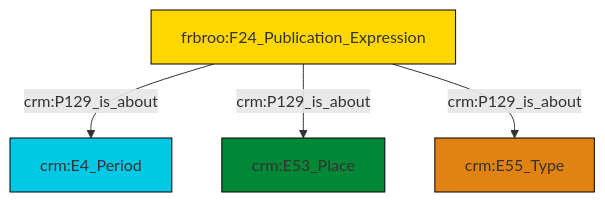
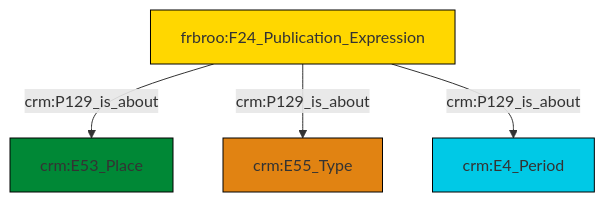
The diagram in et/biblioCSV/ttl/mmd/biblio_aboutness.ttl.mmd (swiss-art-research-net/docs.swissartresearch), drawn with Mermaid before and after one commit. The commit also changed 175 other files, not shown here.

```diff
--- a/et/biblioCSV/ttl/mmd/biblio_aboutness.ttl.mmd
+++ b/et/biblioCSV/ttl/mmd/biblio_aboutness.ttl.mmd
@@ -1,18 +1,18 @@
 graph TD
 classDef Literal fill:#f2f2f2,stroke:#000000;
 classDef CRM_Entity fill:#FFFFFF,stroke:#000000;
 classDef Temporal_Entity fill:#00C9E6, stroke:#000000;
 classDef Type fill:#E18312, stroke:#000000;
 classDef Time-Span fill:#2C9C91, stroke:#000000;
 classDef Appellation fill:#FFEB7F, stroke:#000000;
 classDef Place fill:#008836, stroke:#000000;
 classDef Persistent_Item fill:#B266B2, stroke:#000000;
 classDef Conceptual_Object fill:#FFD700, stroke:#000000;
 classDef Physical_Thing fill:#D2B48C, stroke:#000000;
 classDef Actor fill:#f58aad, stroke:#000000;
 classDef PC_Classes fill:#4ce600, stroke:#000000;
 classDef Multi fill:#cccccc,stroke:#000000;
 
-0["frbroo:F24_Publication_Expression"]:::Conceptual_Object -->|crm:P129_is_about| 1["crm:E4_Period"]:::Temporal_Entity
-0["frbroo:F24_Publication_Expression"]:::Conceptual_Object -->|crm:P129_is_about| 2["crm:E53_Place"]:::Place
-0["frbroo:F24_Publication_Expression"]:::Conceptual_Object -->|crm:P129_is_about| 6["crm:E55_Type"]:::Type
+0["frbroo:F24_Publication_Expression"]:::Conceptual_Object -->|crm:P129_is_about| 1["crm:E53_Place"]:::Place
+0["frbroo:F24_Publication_Expression"]:::Conceptual_Object -->|crm:P129_is_about| 2["crm:E55_Type"]:::Type
+0["frbroo:F24_Publication_Expression"]:::Conceptual_Object -->|crm:P129_is_about| 3["crm:E4_Period"]:::Temporal_Entity
```
